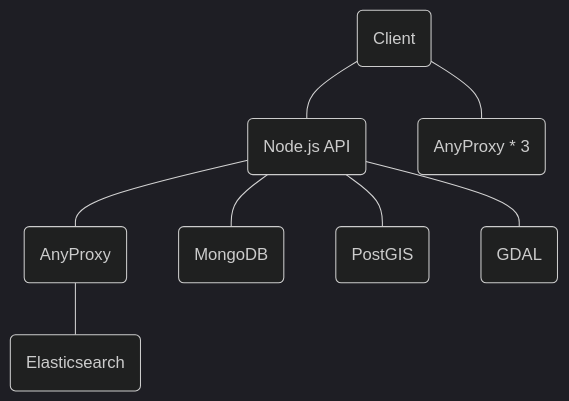
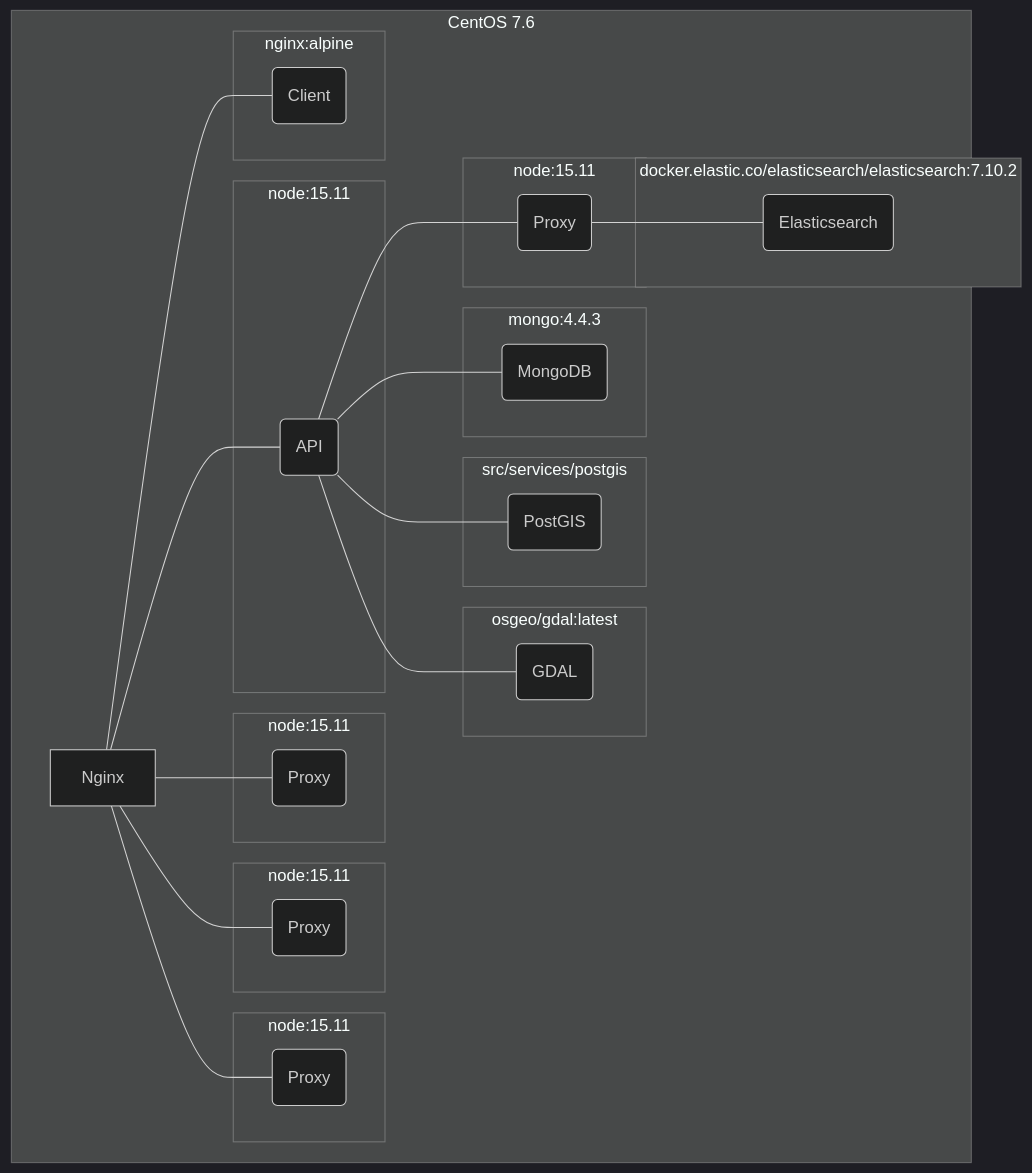
Before and after one commit to SAEON/data-portal: the diagram in diagrams/src/physical-view.mmd, drawn with Mermaid (dark theme). The commit also changed 9 other files, not shown here.

Commit message:
Updating diagrams

```diff
--- a/diagrams/src/physical-view.mmd
+++ b/diagrams/src/physical-view.mmd
@@ -1,12 +1,50 @@
 graph TD
-    
-    %% React.js client 
-    Client(Client) --- API(Node.js API)
-    Client --- ClientProxy(AnyProxy * 3)
 
-    %% Node.js API
-    API --- ApiProxy(AnyProxy)
-    ApiProxy --- Elasticsearch(Elasticsearch)
-    API --- Mongo(MongoDB)
-    API --- PostGIS(PostGIS)
-    API --- GDAL(GDAL)
+    %% CentOS boundary
+    subgraph CentOS 7.6
+
+        Nginx --- Client
+        Nginx --- ClientProxy1
+        Nginx --- ClientProxy2
+        Nginx --- ClientProxy3
+        Nginx --- API
+
+        %% Define Docker boundaries
+        subgraph 1 ["nginx:alpine"]
+            Client(Client)
+        end
+        subgraph 2 ["node:15.11"]
+            API(API)
+        end
+        subgraph 3a ["node:15.11"]
+            ClientProxy1(Proxy)
+        end     
+        subgraph 3b ["node:15.11"]
+            ClientProxy2(Proxy)
+        end     
+        subgraph 3c ["node:15.11"]
+            ClientProxy3(Proxy)
+        end                     
+        subgraph 4 ["node:15.11"]
+            ApiProxy(Proxy)
+        end
+        subgraph 5 ["docker.elastic.co/elasticsearch/elasticsearch:7.10.2"]
+            Elasticsearch(Elasticsearch)
+        end     
+        subgraph 6 ["mongo:4.4.3"]
+            Mongo(MongoDB)
+        end    
+        subgraph 7 ["src/services/postgis"]
+            PostGIS(PostGIS)
+        end
+        subgraph 8 ["osgeo/gdal:latest"]
+            GDAL(GDAL)
+        end                                          
+
+        %% Define topology
+        API --- ApiProxy
+        ApiProxy --- Elasticsearch
+        API --- Mongo
+        API --- PostGIS
+        API --- GDAL
+    end
```
